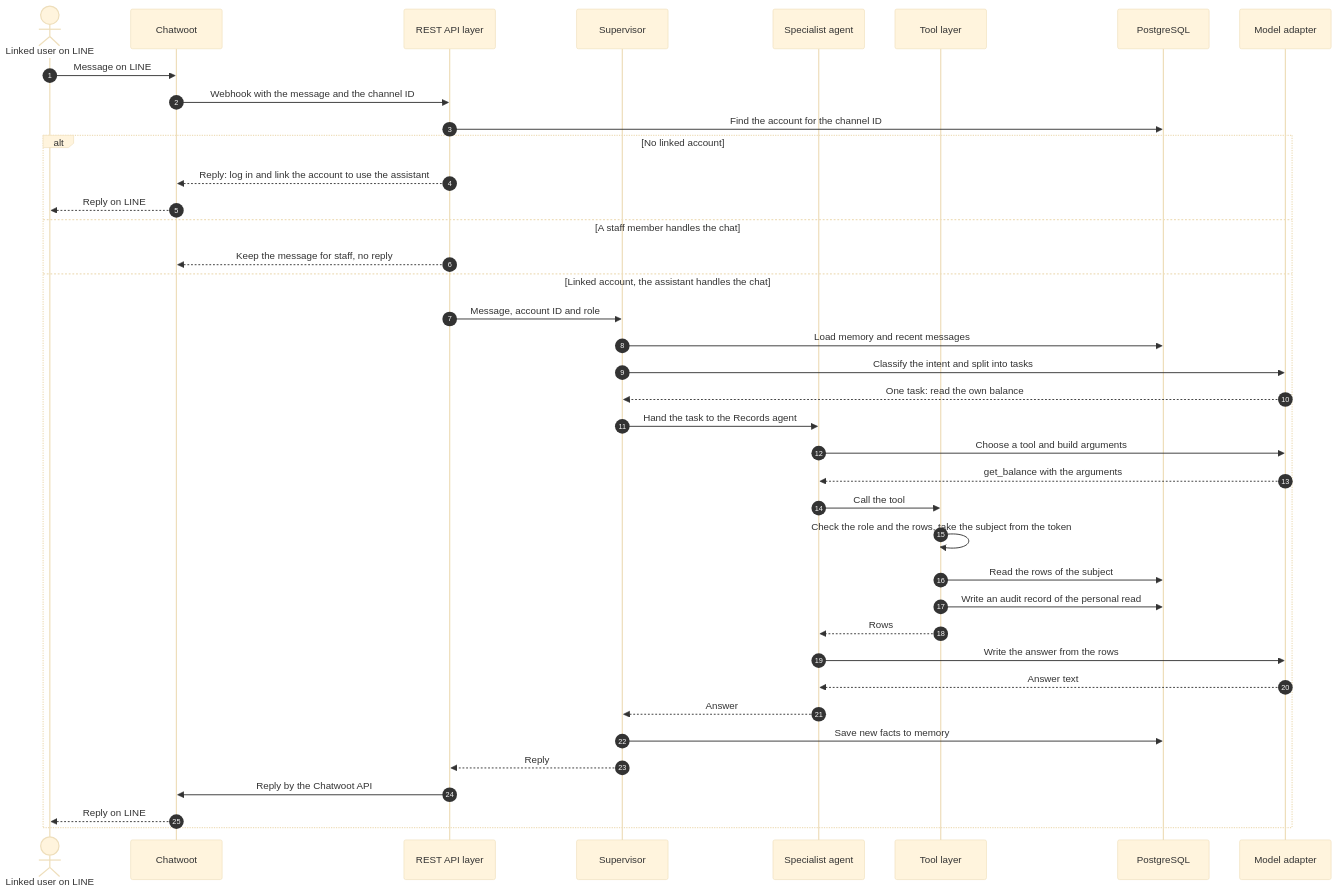
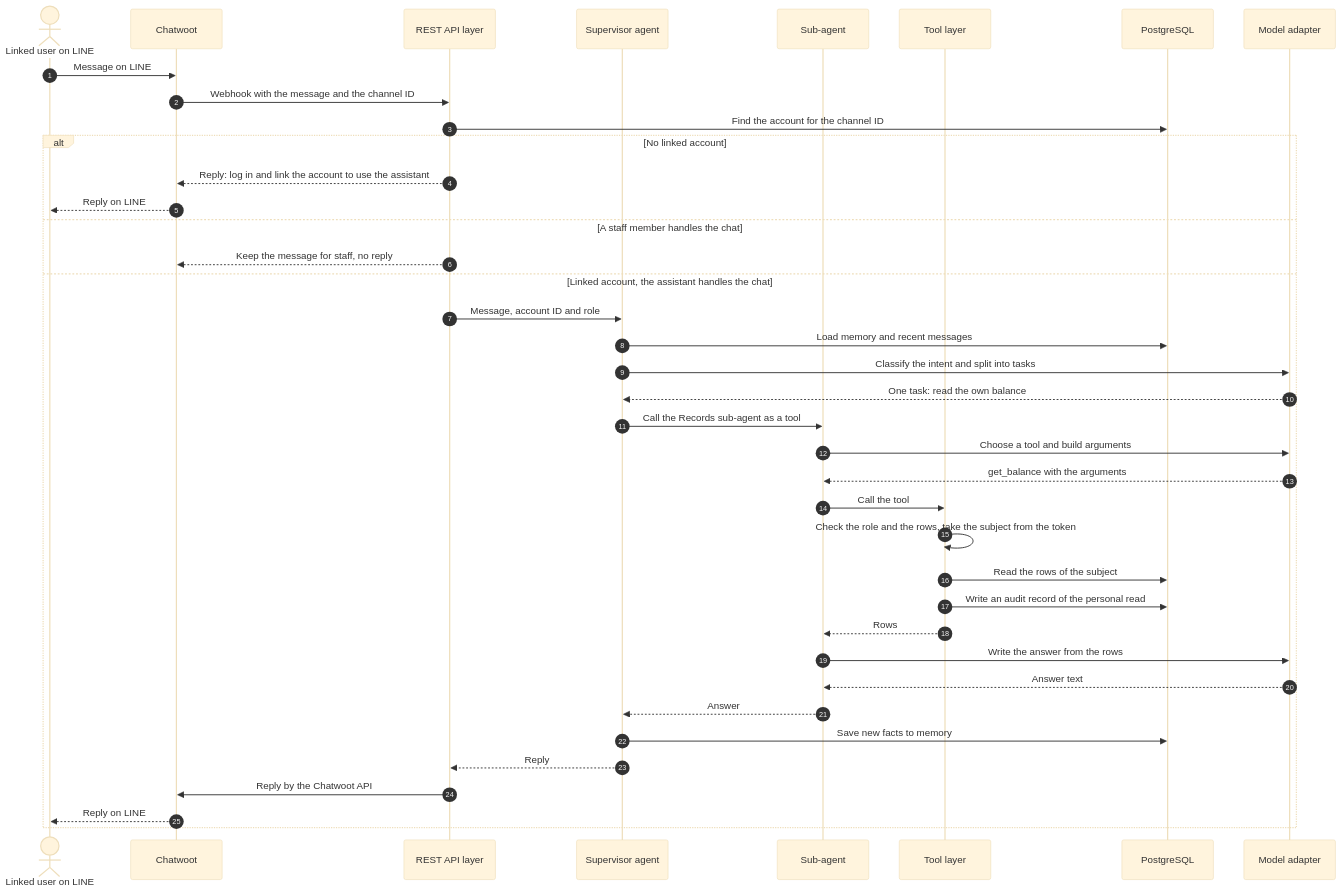
The diagram in design/diagrams/04_sequence_message.mmd (SaiWaiYanLynn/smart-university-website), drawn with Mermaid (base theme) before and after one commit. The commit also changed 29 other files, not shown here.

Commit message:
Updated diagrams for supervisor with sub-agents and the new staff and instructor pages

```diff
--- a/design/diagrams/04_sequence_message.mmd
+++ b/design/diagrams/04_sequence_message.mmd
@@ -1,40 +1,40 @@
 sequenceDiagram
   autonumber
   actor U as Linked user on LINE
   participant CW as Chatwoot
   participant API as REST API layer
-  participant SUP as Supervisor
-  participant AG as Specialist agent
+  participant SUP as Supervisor agent
+  participant AG as Sub-agent
   participant TL as Tool layer
   participant DB as PostgreSQL
   participant LLM as Model adapter
 
   U->>CW: Message on LINE
   CW->>API: Webhook with the message and the channel ID
   API->>DB: Find the account for the channel ID
   alt No linked account
     API-->>CW: Reply: log in and link the account to use the assistant
     CW-->>U: Reply on LINE
   else A staff member handles the chat
     API-->>CW: Keep the message for staff, no reply
   else Linked account, the assistant handles the chat
     API->>SUP: Message, account ID and role
     SUP->>DB: Load memory and recent messages
     SUP->>LLM: Classify the intent and split into tasks
     LLM-->>SUP: One task: read the own balance
-    SUP->>AG: Hand the task to the Records agent
+    SUP->>AG: Call the Records sub-agent as a tool
     AG->>LLM: Choose a tool and build arguments
     LLM-->>AG: get_balance with the arguments
     AG->>TL: Call the tool
     TL->>TL: Check the role and the rows, take the subject from the token
     TL->>DB: Read the rows of the subject
     TL->>DB: Write an audit record of the personal read
     TL-->>AG: Rows
     AG->>LLM: Write the answer from the rows
     LLM-->>AG: Answer text
     AG-->>SUP: Answer
     SUP->>DB: Save new facts to memory
     SUP-->>API: Reply
     API->>CW: Reply by the Chatwoot API
     CW-->>U: Reply on LINE
   end
```
